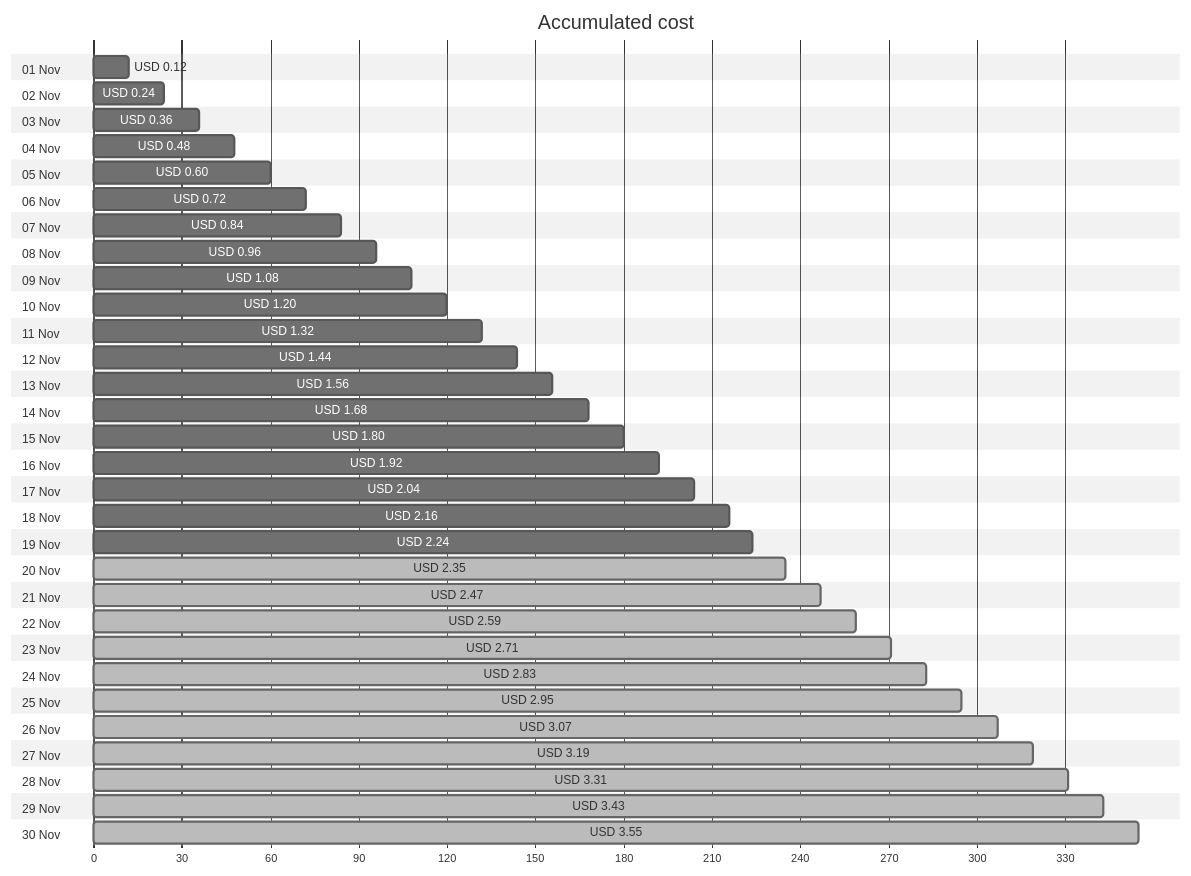
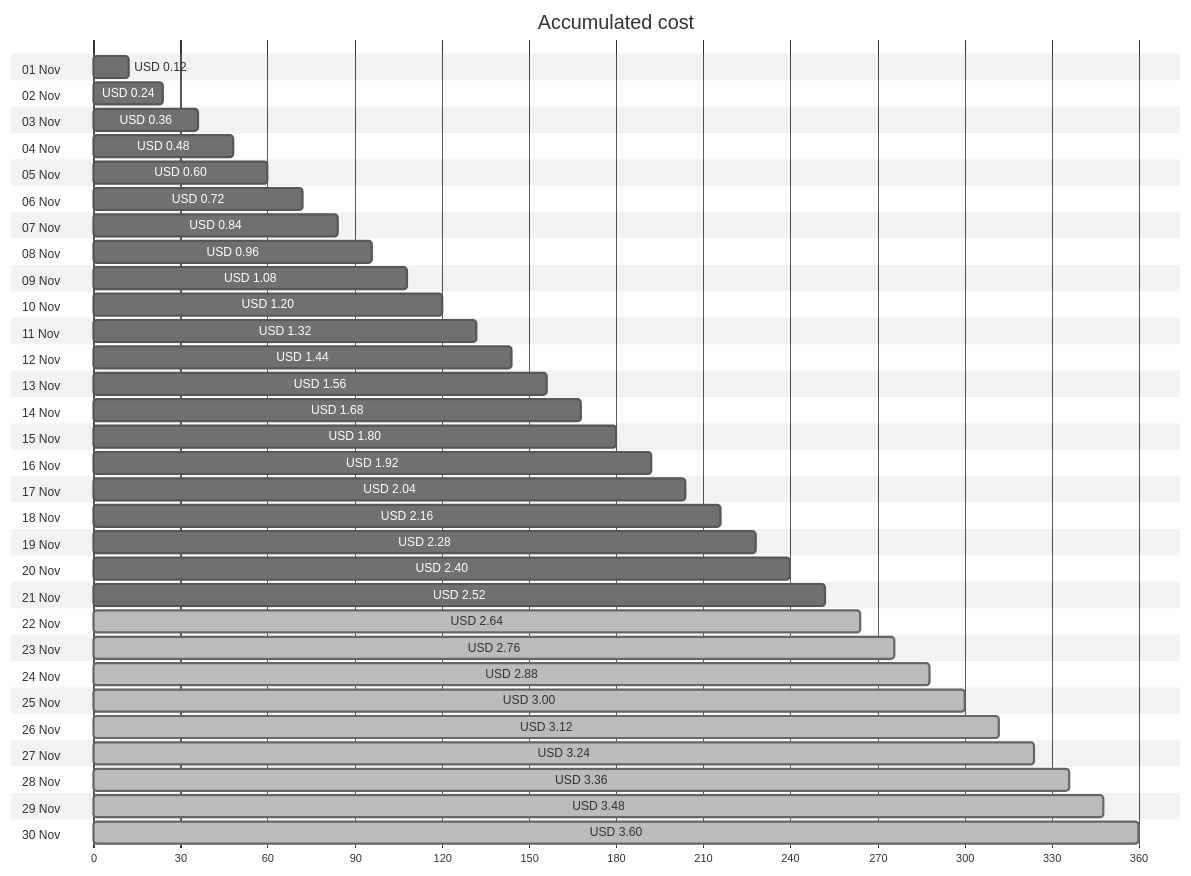
Before and after one commit to jpfulton/azure-personal-reports: the first of 4 diagrams in cost-reports/personal-network/vpn-server-public-ip.md, drawn with Mermaid (neutral theme). The commit also changed other lines of this file and 8 other files, not shown here.

````diff
--- a/cost-reports/personal-network/vpn-server-public-ip.md
+++ b/cost-reports/personal-network/vpn-server-public-ip.md
@@ -20,66 +20,66 @@
 ```mermaid
 gantt
    title Accumulated cost
    dateFormat  X
    axisFormat %s
    section 01 Nov
    USD 0.12 :0, 12
    section 02 Nov
    USD 0.24 :0, 24
    section 03 Nov
    USD 0.36 :0, 36
    section 04 Nov
    USD 0.48 :0, 48
    section 05 Nov
    USD 0.60 :0, 60
    section 06 Nov
    USD 0.72 :0, 72
    section 07 Nov
    USD 0.84 :0, 84
    section 08 Nov
    USD 0.96 :0, 96
    section 09 Nov
    USD 1.08 :0, 108
    section 10 Nov
    USD 1.20 :0, 120
    section 11 Nov
    USD 1.32 :0, 132
    section 12 Nov
    USD 1.44 :0, 144
    section 13 Nov
    USD 1.56 :0, 156
    section 14 Nov
    USD 1.68 :0, 168
    section 15 Nov
    USD 1.80 :0, 180
    section 16 Nov
    USD 1.92 :0, 192
    section 17 Nov
    USD 2.04 :0, 204
    section 18 Nov
    USD 2.16 :0, 216
    section 19 Nov
-   USD 2.24 :0, 224
+   USD 2.28 :0, 228
    section 20 Nov
-   USD 2.35 : done, 0, 235
+   USD 2.40 :0, 240
    section 21 Nov
-   USD 2.47 : done, 0, 247
+   USD 2.52 :0, 252
    section 22 Nov
-   USD 2.59 : done, 0, 259
+   USD 2.64 : done, 0, 264
    section 23 Nov
-   USD 2.71 : done, 0, 271
+   USD 2.76 : done, 0, 276
    section 24 Nov
-   USD 2.83 : done, 0, 283
+   USD 2.88 : done, 0, 288
    section 25 Nov
-   USD 2.95 : done, 0, 295
+   USD 3.00 : done, 0, 300
    section 26 Nov
-   USD 3.07 : done, 0, 307
+   USD 3.12 : done, 0, 312
    section 27 Nov
-   USD 3.19 : done, 0, 319
+   USD 3.24 : done, 0, 324
    section 28 Nov
-   USD 3.31 : done, 0, 331
+   USD 3.36 : done, 0, 336
    section 29 Nov
-   USD 3.43 : done, 0, 343
+   USD 3.48 : done, 0, 348
    section 30 Nov
-   USD 3.55 : done, 0, 355
+   USD 3.60 : done, 0, 360
 ```
````
